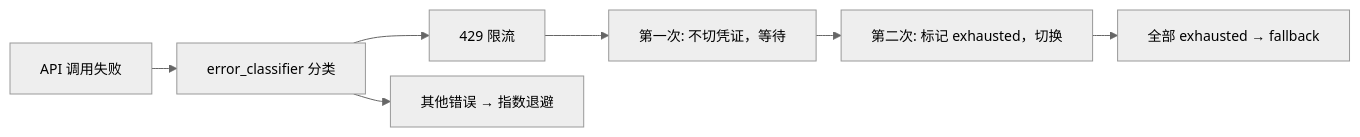
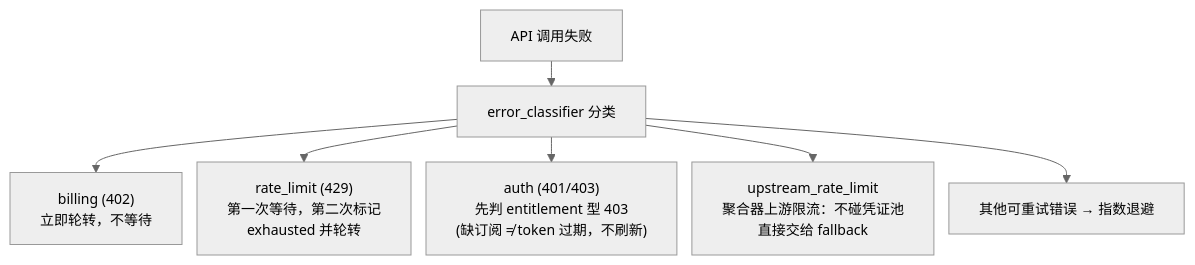
Before and after one commit to fang-lin/hermes-agent-code-analysis: the sixth of 11 diagrams in docs/zh/02-Agent核心.md, drawn with Mermaid. The commit also changed other lines of this file and 3 other files, not shown here.

````diff
--- a/docs/zh/02-Agent核心.md
+++ b/docs/zh/02-Agent核心.md
@@ -305,10 +321,10 @@
 ```mermaid
 %%{init: {"theme": "neutral", "themeVariables": {"fontSize": "14px"}, "flowchart": {"nodeSpacing": 15, "rankSpacing": 25}}}%%
-flowchart LR
+flowchart TD
     API["API 调用失败"] --> CLS["error_classifier 分类"]
-    CLS --> R429["429 限流"]
-    CLS --> OTHER["其他错误 → 指数退避"]
-    R429 --> FIRST["第一次: 不切凭证，等待"]
-    FIRST --> SECOND["第二次: 标记 exhausted，切换"]
-    SECOND --> ALLX["全部 exhausted → fallback"]
+    CLS --> B["billing #40;402#41;<br/>立即轮转，不等待"]
+    CLS --> R["rate_limit #40;429#41;<br/>第一次等待，第二次标记<br/>exhausted 并轮转"]
+    CLS --> A["auth #40;401/403#41;<br/>先判 entitlement 型 403<br/>#40;缺订阅 ≠ token 过期，不刷新#41;"]
+    CLS --> U["upstream_rate_limit<br/>聚合器上游限流：不碰凭证池<br/>直接交给 fallback"]
+    CLS --> OTHER["其他可重试错误 → 指数退避"]
 ```
````
